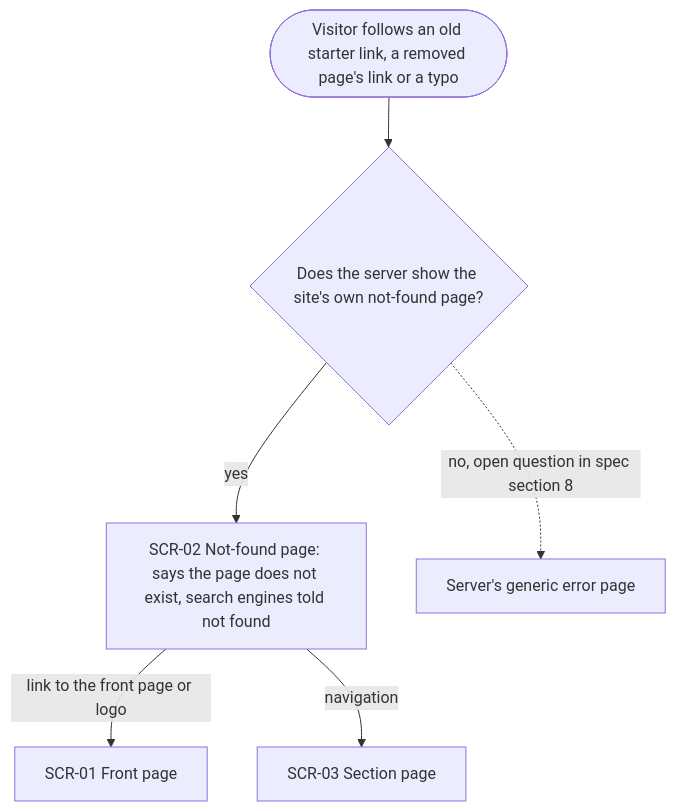
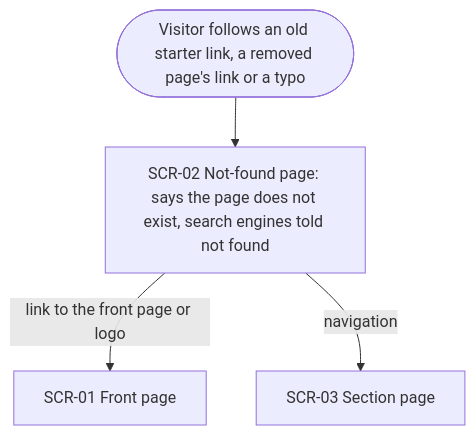
Before and after one commit to KTH-UrbanT/odenlabs-website: the second of 7 diagrams in docs/features/clean-starter/ux-flows.md, drawn with Mermaid. The commit also changed other lines of this file and 1 other file, not shown here.

Commit message:
clarify: clean-starter — KTH server serves own not-found page

````diff
--- a/docs/features/clean-starter/ux-flows.md
+++ b/docs/features/clean-starter/ux-flows.md
@@ -64,8 +64,6 @@
 ```mermaid
 flowchart TD
-    A(["Visitor follows an old starter link, a removed page's link or a typo"]) --> B{"Does the server show the site's own not-found page?"}
-    B -->|yes| C["SCR-02 Not-found page: says the page does not exist, search engines told not found"]
-    B -.->|"no, open question in spec section 8"| X["Server's generic error page"]
+    A(["Visitor follows an old starter link, a removed page's link or a typo"]) --> C["SCR-02 Not-found page: says the page does not exist, search engines told not found"]
     C -->|"link to the front page or logo"| D["SCR-01 Front page"]
     C -->|navigation| E["SCR-03 Section page"]
 ```
````
